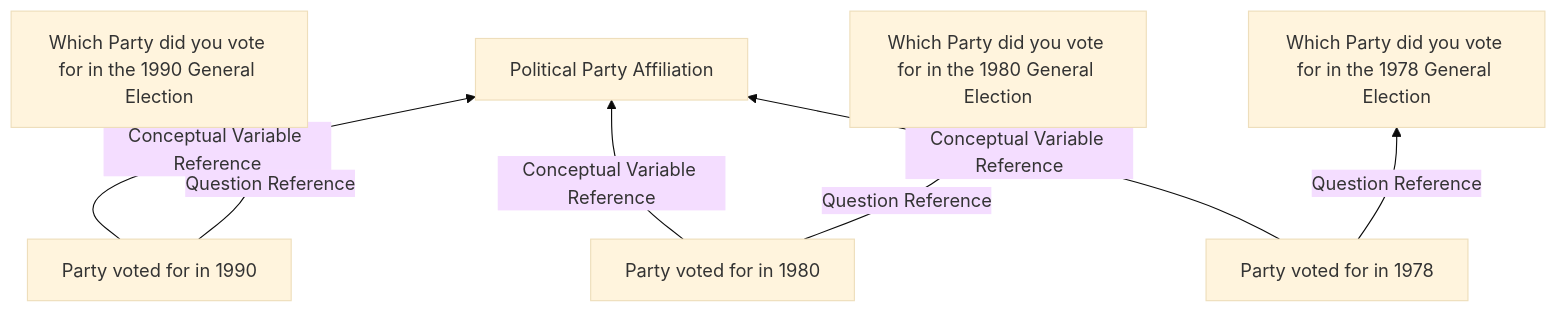
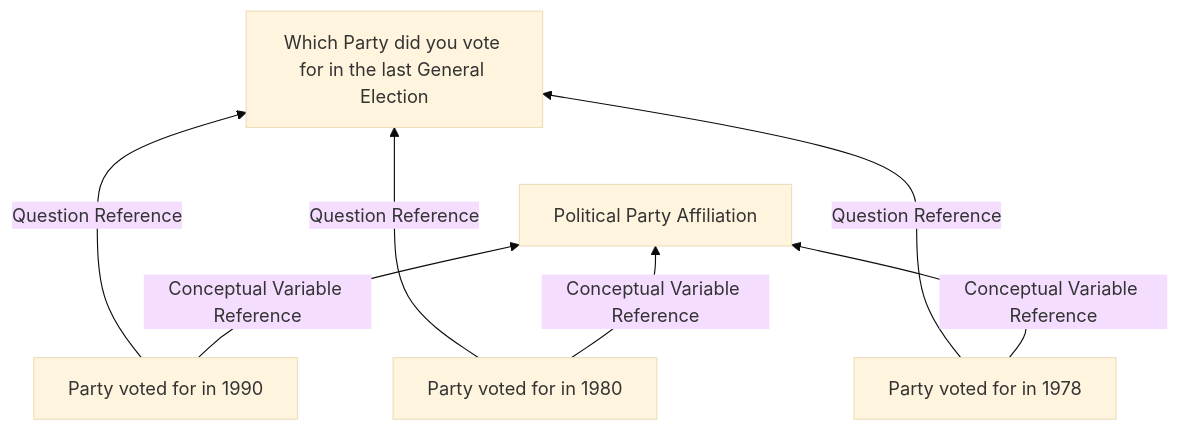
Before and after one commit to Making-Sense-Info/Varese: the eighth of 8 diagrams in workshops/comparison-overview.md, drawn with Mermaid (base theme). The commit also changed other lines of this file, not shown here.

````diff
--- a/workshops/comparison-overview.md
+++ b/workshops/comparison-overview.md
@@ -75,9 +75,10 @@
 ```mermaid
 graph BT
+  Pol90Var[Party voted for in 1990] -- Question Reference --> PolQ[Which Party did you vote for in the last General Election]
+  Pol80Var[Party voted for in 1980] -- Question Reference ---> PolQ[Which Party did you vote for in the last General Election]
+  Pol78Var[Party voted for in 1978] -- Question Reference ---> PolQ[Which Party did you vote for in the last General Election]
   Pol90Var[Party voted for in 1990] -- Conceptual Variable Reference -->  PolConcept[Political Party Affiliation]
-  Pol80Var[Party voted for in 1980] -- Conceptual Variable Reference -->  PolConcept[Political Party Affiliation]
-  Pol78Var[Party voted for in 1978] -- Conceptual Variable Reference -->  PolConcept[Political Party Affiliation]
-  Pol90Var[Party voted for in 1990] -- Question Reference --> Pol90[Which Party did you vote for in the 1990 General Election]
-  Pol80Var[Party voted for in 1980] -- Question Reference --> Pol80[Which Party did you vote for in the 1980 General Election]
-  Pol78Var[Party voted for in 1978]-- Question Reference  --> Pol78[Which Party did you vote for in the 1978 General Election]
+  Pol80Var[Party voted for in 1980] -- Conceptual Variable Reference -->  PolConcept[Political Party Affiliation] 
+  Pol78Var[Party voted for in 1978] -- Conceptual Variable Reference -->  PolConcept[Political Party Affiliation] 
+
 ```
````
